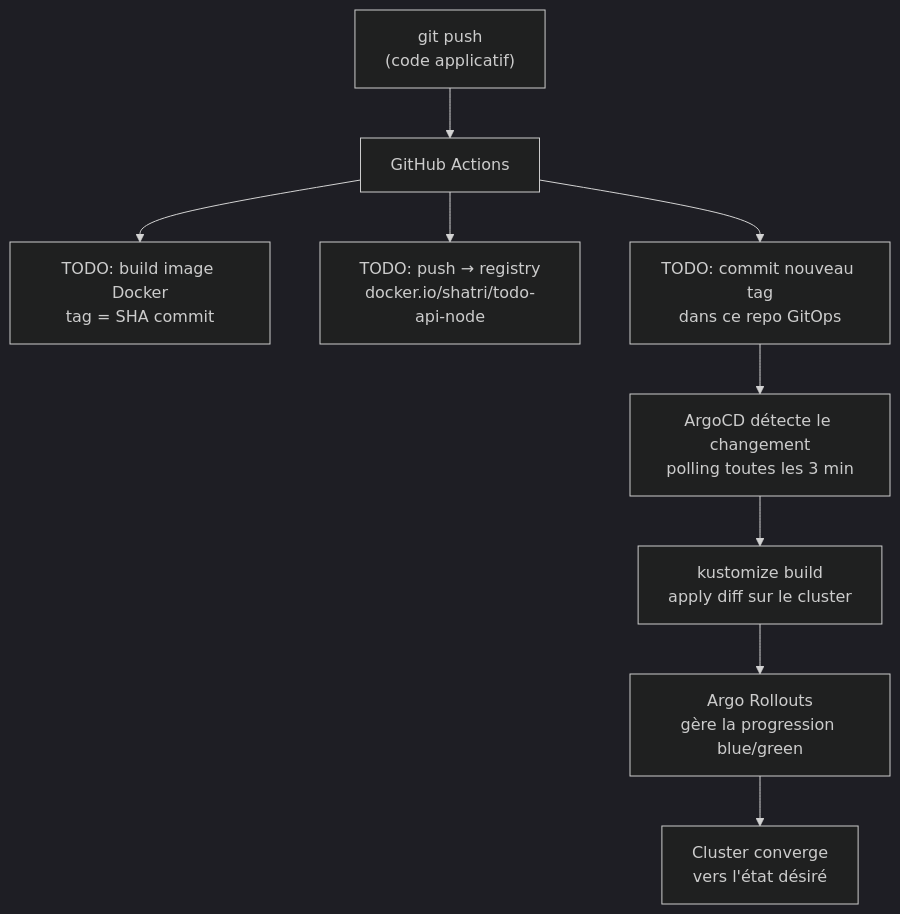
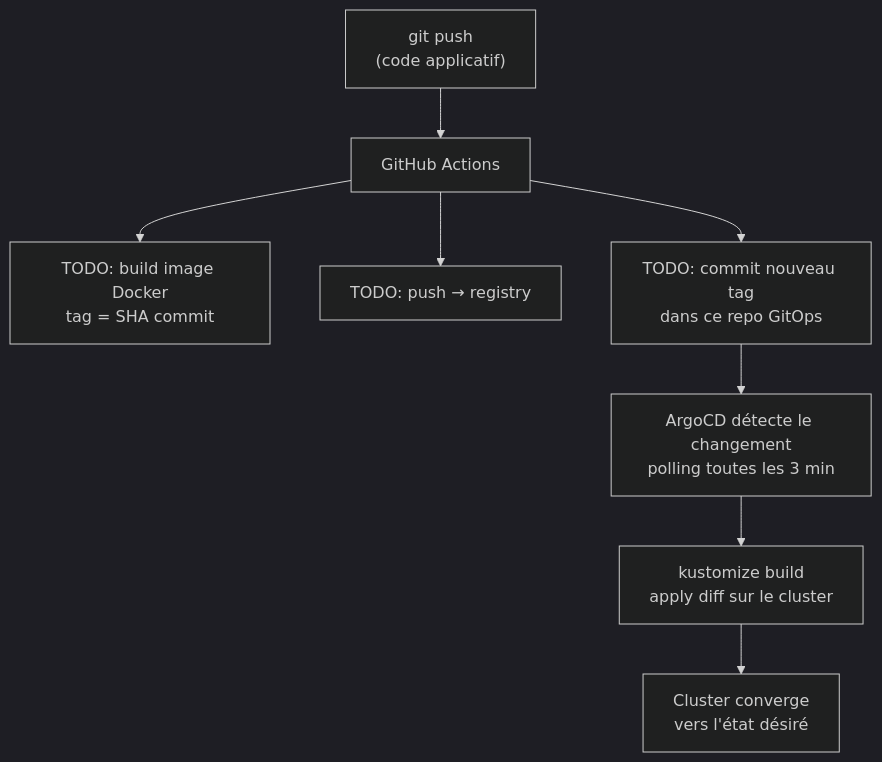
Before and after one commit to cronosjl/gitops-argocd-platform: the second of 3 diagrams in README.md, drawn with Mermaid (dark theme). The commit also changed other lines of this file, not shown here.

````diff
--- a/README.md
+++ b/README.md
@@ -89,11 +84,10 @@
 ```mermaid
 flowchart TD
     A["git push\n(code applicatif)"] --> B["GitHub Actions"]
     B --> C["TODO: build image Docker\ntag = SHA commit"]
-    B --> D["TODO: push → registry\ndocker.io/shatri/todo-api-node"]
+    B --> D["TODO: push → registry"]
     B --> E["TODO: commit nouveau tag\ndans ce repo GitOps"]
     E --> F["ArgoCD détecte le changement\npolling toutes les 3 min"]
     F --> G["kustomize build\napply diff sur le cluster"]
-    G --> H["Argo Rollouts\ngère la progression blue/green"]
-    H --> I["Cluster converge\nvers l'état désiré"]
+    G --> H["Cluster converge\nvers l'état désiré"]
 ```
````
